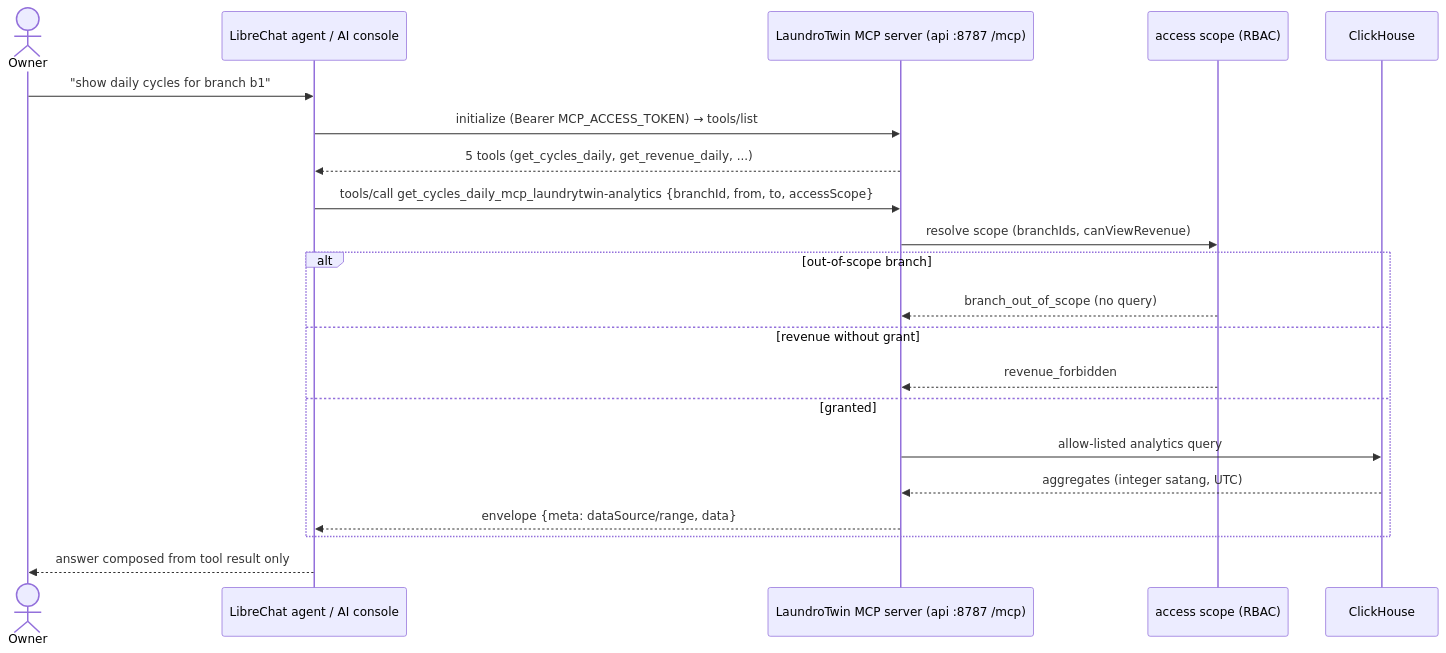
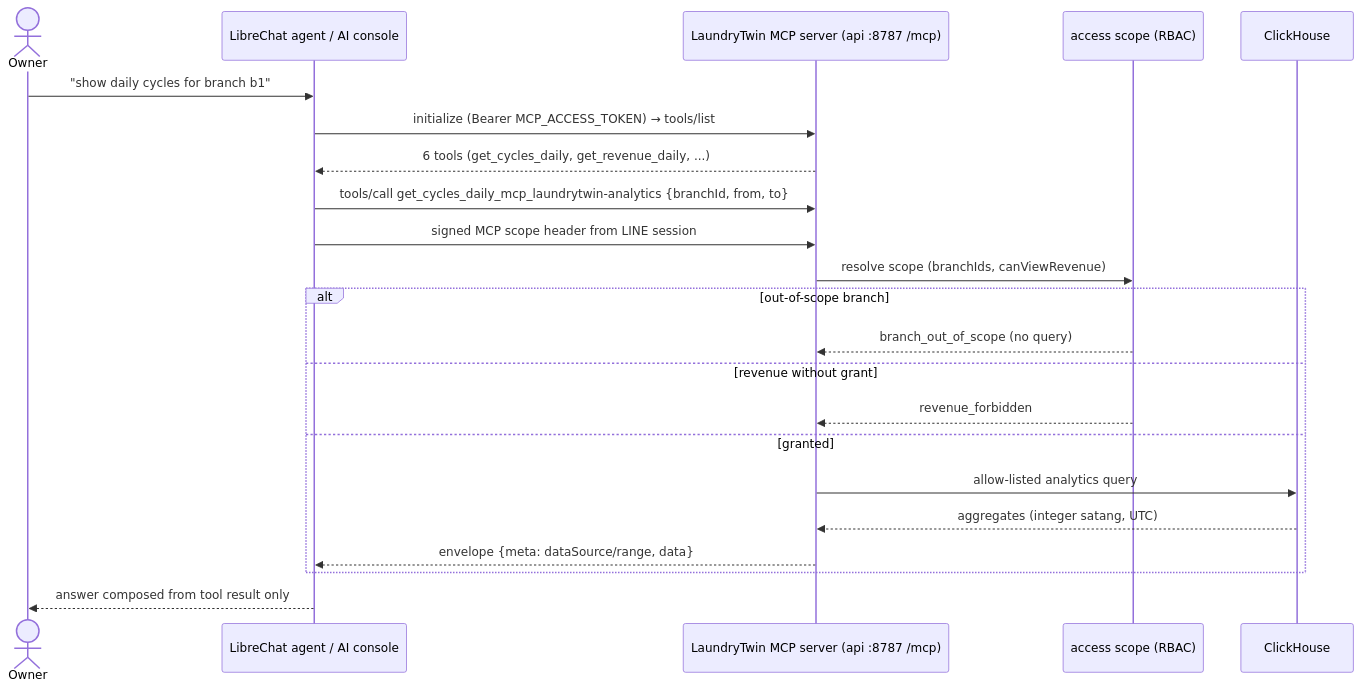
Before and after one commit to Bunyakorn-K/CE-Project-2026: the sixth of 6 diagrams in docs/02_architecture/use-case-sequence-diagrams.md, drawn with Mermaid. The commit also changed other lines of this file and 88 other files, not shown here.

Commit message:
feat: complete LaundryTwin operations and handoff

````diff
--- a/docs/02_architecture/use-case-sequence-diagrams.md
+++ b/docs/02_architecture/use-case-sequence-diagrams.md
@@ -254,24 +254,26 @@
 ```mermaid
 sequenceDiagram
     actor U as Owner
     participant C as LibreChat agent / AI console
-    participant M as LaundroTwin MCP server (api :8787 /mcp)
+    participant M as LaundryTwin MCP server (api :8787 /mcp)
     participant A as access scope (RBAC)
     participant CH as ClickHouse
 
     U->>C: "show daily cycles for branch b1"
     C->>M: initialize (Bearer MCP_ACCESS_TOKEN) → tools/list
-    M-->>C: 5 tools (get_cycles_daily, get_revenue_daily, ...)
-    C->>M: tools/call get_cycles_daily_mcp_laundrytwin-analytics {branchId, from, to, accessScope}
+     M-->>C: 6 tools (get_cycles_daily, get_revenue_daily, ...)
+     C->>M: tools/call get_cycles_daily_mcp_laundrytwin-analytics {branchId, from, to}
+     C->>M: signed MCP scope header from LINE session
+
     M->>A: resolve scope (branchIds, canViewRevenue)
     alt out-of-scope branch
         A-->>M: branch_out_of_scope (no query)
     else revenue without grant
         A-->>M: revenue_forbidden
     else granted
         M->>CH: allow-listed analytics query
         CH-->>M: aggregates (integer satang, UTC)
         M-->>C: envelope {meta: dataSource/range, data}
     end
     C-->>U: answer composed from tool result only
 ```
````
